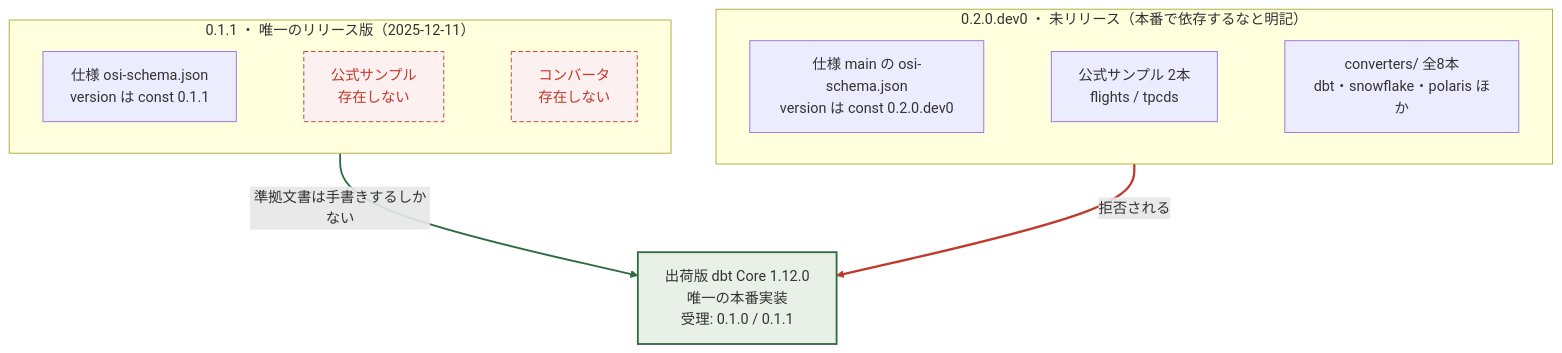
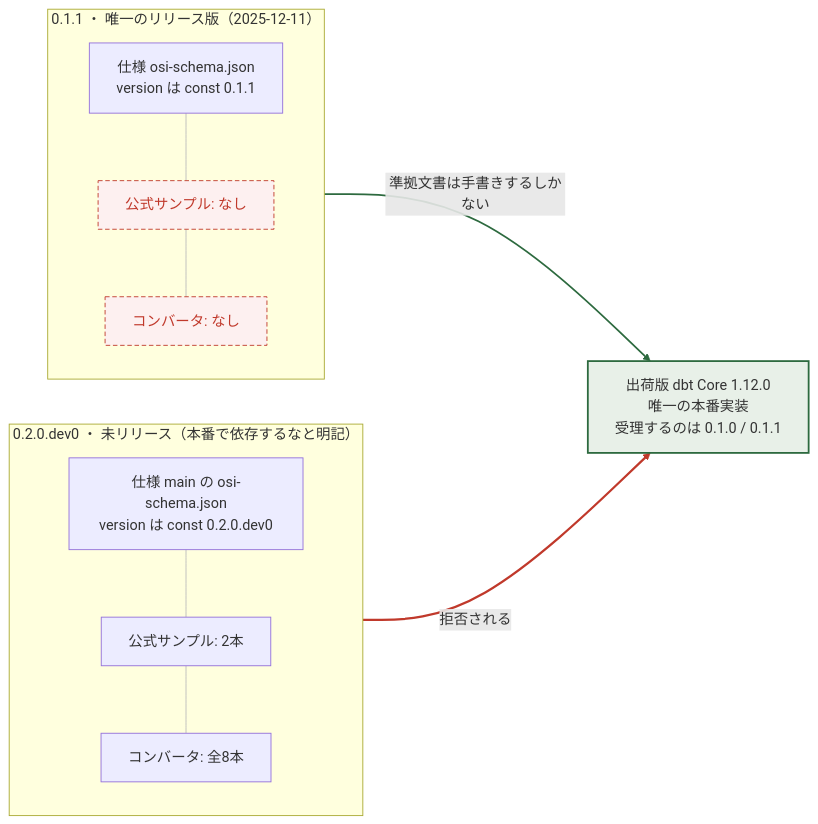
One commit to dobachi/ossie-playground changed the diagram in report/diagrams/01-two-worlds.mmd. Above: the diagram before and after it, drawn with Mermaid. The commit also changed 31 other files, not shown here.

```diff
--- a/report/diagrams/01-two-worlds.mmd
+++ b/report/diagrams/01-two-worlds.mmd
@@ -1,28 +1,29 @@
-flowchart TB
-    subgraph W1["0.1.1 ・ 唯一のリリース版（2025-12-11）"]
-        direction LR
-        S1["仕様 osi-schema.json<br/>version は const 0.1.1"]
-        X1["公式サンプル<br/>存在しない"]
-        X2["コンバータ<br/>存在しない"]
-        S1 ~~~ X1 ~~~ X2
+flowchart LR
+    subgraph W2["0.2.0.dev0 ・ 未リリース（本番で依存するなと明記）"]
+        direction TB
+        S2["仕様 main の osi-schema.json<br/>version は const 0.2.0.dev0"]
+        E2["公式サンプル: 2本"]
+        C2["コンバータ: 全8本"]
+        S2 --- E2 --- C2
     end
 
-    subgraph W2["0.2.0.dev0 ・ 未リリース（本番で依存するなと明記）"]
-        direction LR
-        S2["仕様 main の osi-schema.json<br/>version は const 0.2.0.dev0"]
-        E2["公式サンプル 2本<br/>flights / tpcds"]
-        C2["converters/ 全8本<br/>dbt・snowflake・polaris ほか"]
-        S2 ~~~ E2 ~~~ C2
+    subgraph W1["0.1.1 ・ 唯一のリリース版（2025-12-11）"]
+        direction TB
+        S1["仕様 osi-schema.json<br/>version は const 0.1.1"]
+        X1["公式サンプル: なし"]
+        X2["コンバータ: なし"]
+        S1 --- X1 --- X2
     end
 
-    P["出荷版 dbt Core 1.12.0<br/>唯一の本番実装<br/>受理: 0.1.0 / 0.1.1"]
+    P["出荷版 dbt Core 1.12.0<br/>唯一の本番実装<br/>受理するのは 0.1.0 / 0.1.1"]
 
-    W1 -->|"準拠文書は手書きするしかない"| P
-    W2 -->|"拒否される"| P
+    X2 -->|"準拠文書は手書きするしかない"| P
+    C2 -->|"拒否される"| P
 
     classDef missing fill:#fdf0f0,stroke:#c0392b,stroke-dasharray:5 3,color:#c0392b
     classDef impl fill:#e8f0e8,stroke:#2d6a3f,stroke-width:2px
     class X1,X2 missing
     class P impl
+    linkStyle 0,1,2,3 stroke:#bbb,stroke-width:1px
+    linkStyle 4 stroke:#2d6a3f,stroke-width:2px
     linkStyle 5 stroke:#c0392b,stroke-width:2.5px
-    linkStyle 4 stroke:#2d6a3f,stroke-width:2px
```
